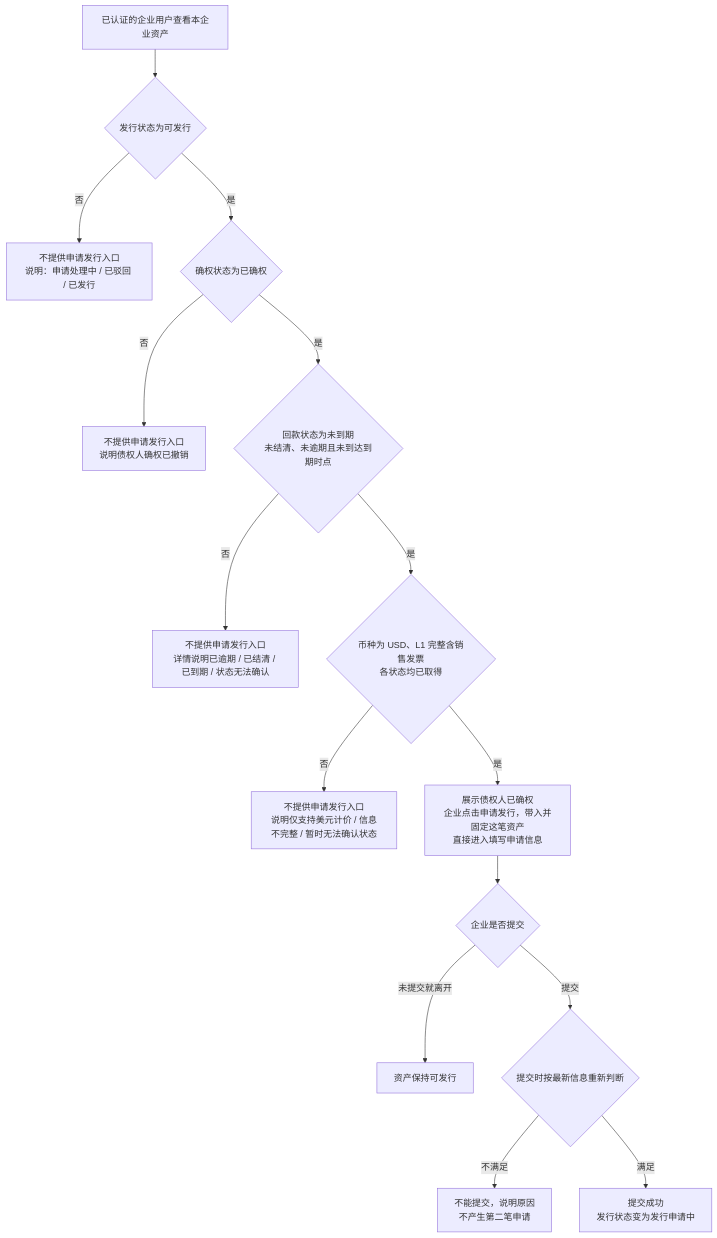
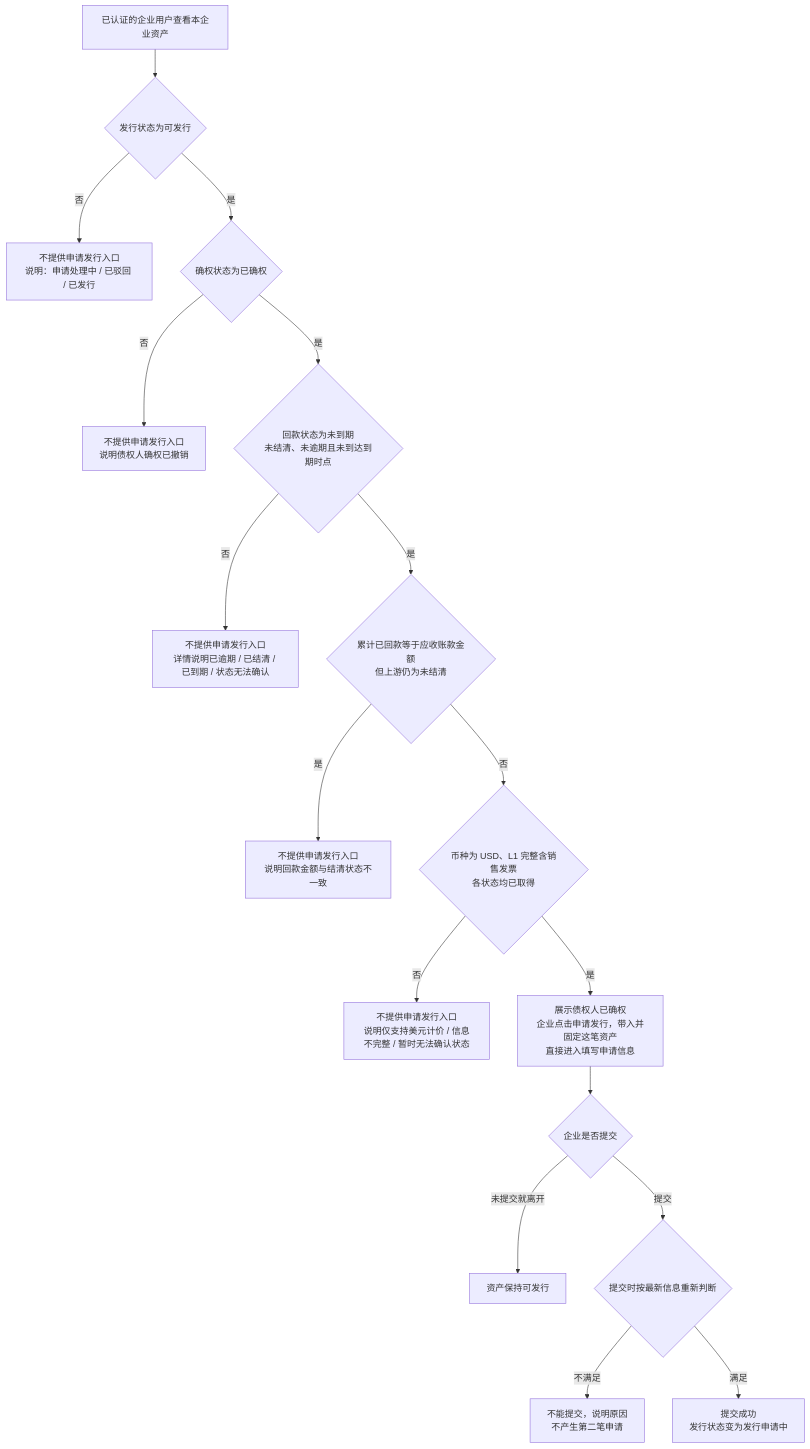
Before and after one commit to wxblockchain/Chain-Financing: the fifth of 6 diagrams in token-issuance-platform/PRD/两端共用/M2-可信资产/02-可信资产-流程图与状态机.md, drawn with Mermaid. The commit also changed other lines of this file and 2 other files, not shown here.

````diff
--- a/token-issuance-platform/PRD/两端共用/M2-可信资产/02-可信资产-流程图与状态机.md
+++ b/token-issuance-platform/PRD/两端共用/M2-可信资产/02-可信资产-流程图与状态机.md
@@ -91,17 +93,19 @@
 ```mermaid
 flowchart TD
     A[已认证的企业用户查看本企业资产] --> B{发行状态为可发行}
     B -->|否| X[不提供申请发行入口<br/>说明：申请处理中 / 已驳回 / 已发行]
     B -->|是| C{确权状态为已确权}
     C -->|否| Y[不提供申请发行入口<br/>说明债权人确权已撤销]
     C -->|是| D{回款状态为未到期<br/>未结清、未逾期且未到达到期时点}
     D -->|否| Z[不提供申请发行入口<br/>详情说明已逾期 / 已结清 / 已到期 / 状态无法确认]
-    D -->|是| E{币种为 USD、L1 完整含销售发票<br/>各状态均已取得}
+    D -->|是| R{累计已回款等于应收账款金额<br/>但上游仍为未结清}
+    R -->|是| V[不提供申请发行入口<br/>说明回款金额与结清状态不一致]
+    R -->|否| E{币种为 USD、L1 完整含销售发票<br/>各状态均已取得}
     E -->|否| W[不提供申请发行入口<br/>说明仅支持美元计价 / 信息不完整 / 暂时无法确认状态]
     E -->|是| F[展示债权人已确权<br/>企业点击申请发行，带入并固定这笔资产<br/>直接进入填写申请信息]
     F --> G{企业是否提交}
     G -->|未提交就离开| H[资产保持可发行]
     G -->|提交| I{提交时按最新信息重新判断}
     I -->|不满足| J[不能提交，说明原因<br/>不产生第二笔申请]
     I -->|满足| K[提交成功<br/>发行状态变为发行申请中]
 ```
````
